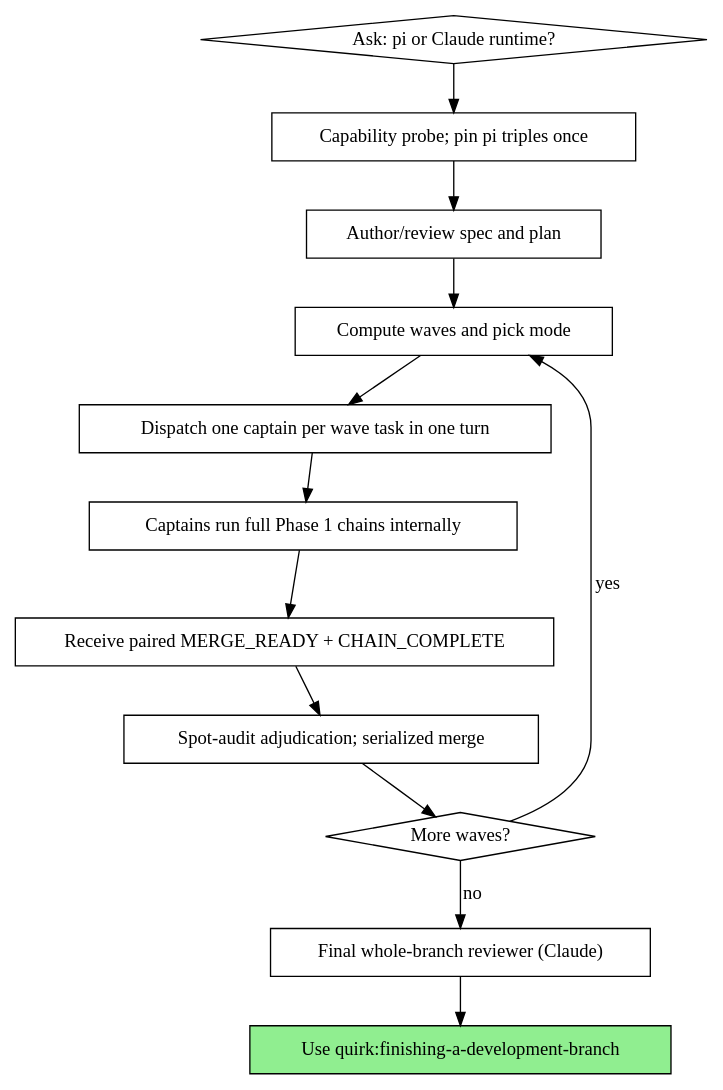
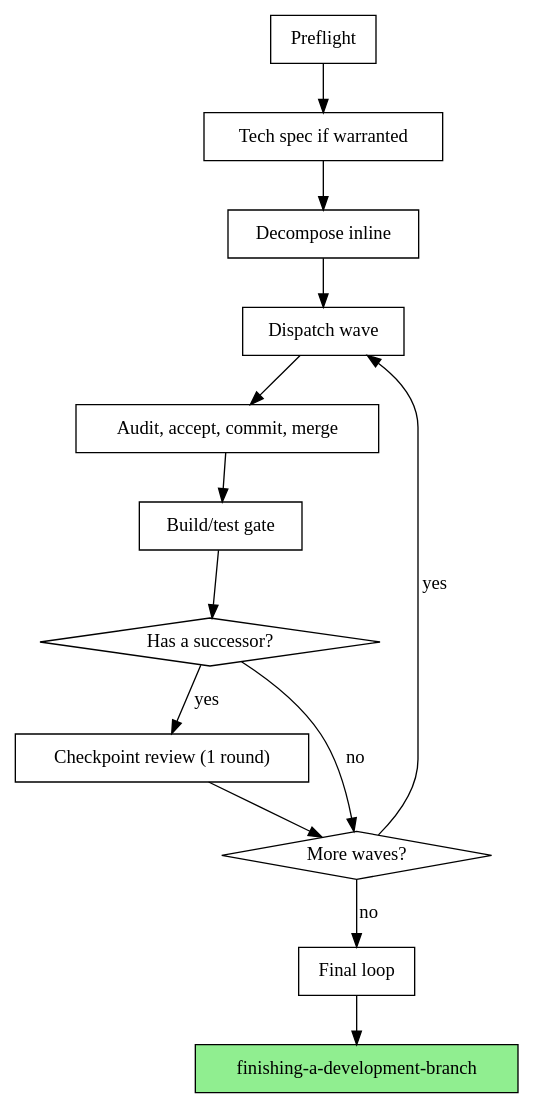
The second of 2 diagrams in skills/subagent-driven-development/SKILL.md (zpyoung/quirk), drawn with Graphviz before and after one commit. The commit also changed other lines of this file and 28 other files, not shown here.

First line of the commit message:
refactor(sdd)!: rewrite the control plane around branch-level adversarial review (#29)

````diff
--- a/skills/subagent-driven-development/SKILL.md
+++ b/skills/subagent-driven-development/SKILL.md
@@ -113,29 +51,25 @@
 ```dot
 digraph process {
     rankdir=TB;
+    "Preflight" [shape=box];
+    "Tech spec if warranted" [shape=box];
+    "Decompose inline" [shape=box];
+    "Dispatch wave" [shape=box];
+    "Audit, accept, commit, merge" [shape=box];
+    "Build/test gate" [shape=box];
+    "Has a successor?" [shape=diamond];
+    "Checkpoint review (1 round)" [shape=box];
+    "More waves?" [shape=diamond];
+    "Final loop" [shape=box];
+    "finishing-a-development-branch" [shape=box style=filled fillcolor=lightgreen];
 
-    "Ask: pi or Claude runtime?" [shape=diamond];
-    "Capability probe; pin pi triples once" [shape=box];
-    "Author/review spec and plan" [shape=box];
-    "Compute waves and pick mode" [shape=box];
-    "Dispatch one captain per wave task in one turn" [shape=box];
-    "Captains run full Phase 1 chains internally" [shape=box];
-    "Receive paired MERGE_READY + CHAIN_COMPLETE" [shape=box];
-    "Spot-audit adjudication; serialized merge" [shape=box];
-    "More waves?" [shape=diamond];
-    "Final whole-branch reviewer (Claude)" [shape=box];
-    "Use quirk:finishing-a-development-branch" [shape=box style=filled fillcolor=lightgreen];
-
-    "Ask: pi or Claude runtime?" -> "Capability probe; pin pi triples once";
-    "Capability probe; pin pi triples once" -> "Author/review spec and plan";
-    "Author/review spec and plan" -> "Compute waves and pick mode";
-    "Compute waves and pick mode" -> "Dispatch one captain per wave task in one turn";
-    "Dispatch one captain per wave task in one turn" -> "Captains run full Phase 1 chains internally";
-    "Captains run full Phase 1 chains internally" -> "Receive paired MERGE_READY + CHAIN_COMPLETE";
-    "Receive paired MERGE_READY + CHAIN_COMPLETE" -> "Spot-audit adjudication; serialized merge";
-    "Spot-audit adjudication; serialized merge" -> "More waves?";
-    "More waves?" -> "Compute waves and pick mode" [label="yes"];
-    "More waves?" -> "Final whole-branch reviewer (Claude)" [label="no"];
-    "Final whole-branch reviewer (Claude)" -> "Use quirk:finishing-a-development-branch";
+    "Preflight" -> "Tech spec if warranted" -> "Decompose inline" -> "Dispatch wave";
+    "Dispatch wave" -> "Audit, accept, commit, merge" -> "Build/test gate" -> "Has a successor?";
+    "Has a successor?" -> "Checkpoint review (1 round)" [label="yes"];
+    "Has a successor?" -> "More waves?" [label="no"];
+    "Checkpoint review (1 round)" -> "More waves?";
+    "More waves?" -> "Dispatch wave" [label="yes"];
+    "More waves?" -> "Final loop" [label="no"];
+    "Final loop" -> "finishing-a-development-branch";
 }
 ```
````
